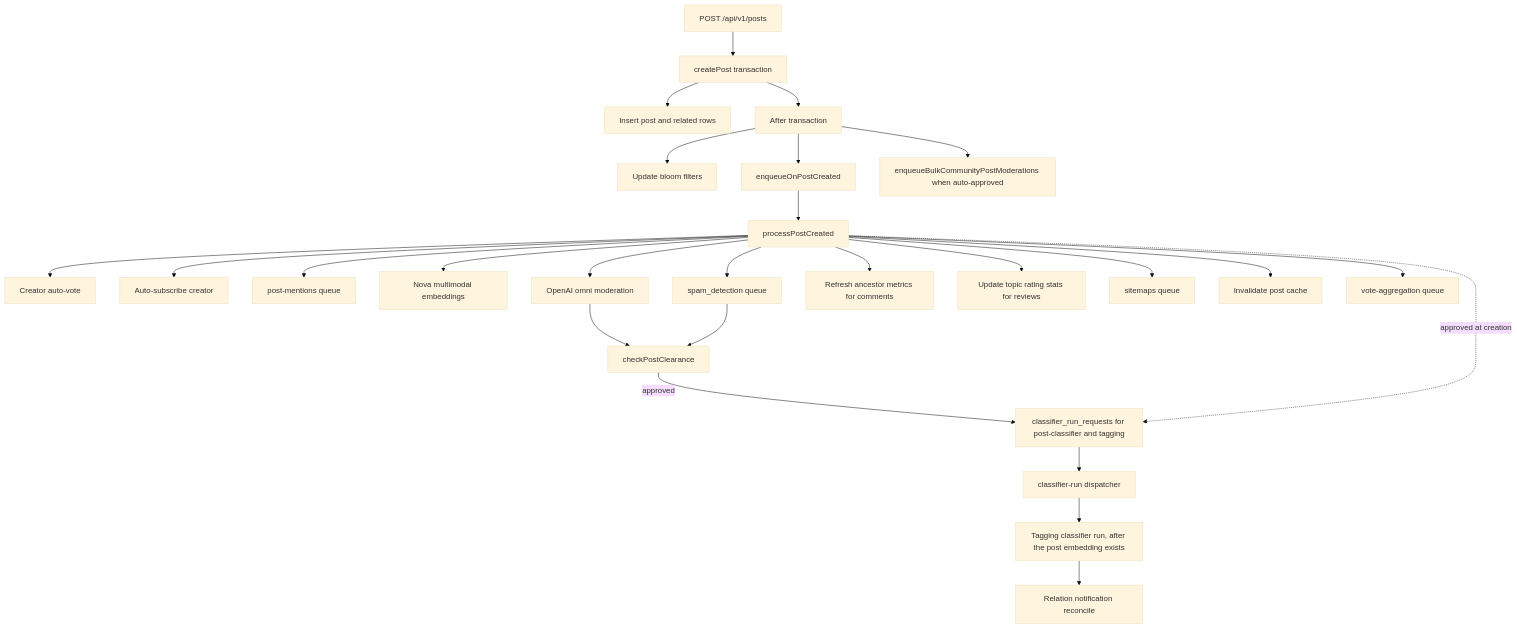
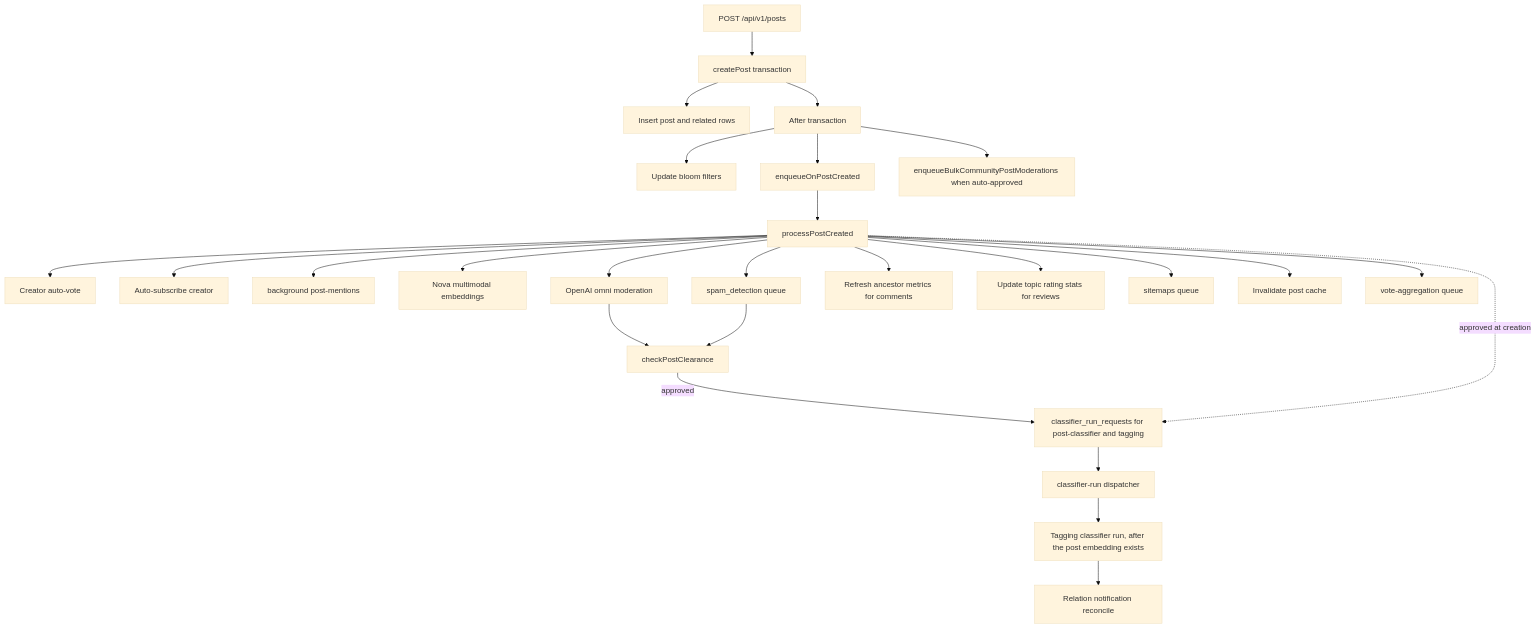
The first of 2 diagrams in docs/overview/architecture/reference-post-lifecycle-post-creation-pipeline.md (vouchington/vouchington), drawn with Mermaid (base theme) before and after one commit. The commit also changed 184 other files, not shown here.

First line of the commit message:
feat(queues): move content and vote queues into the background queue

````diff
--- a/docs/overview/architecture/reference-post-lifecycle-post-creation-pipeline.md
+++ b/docs/overview/architecture/reference-post-lifecycle-post-creation-pipeline.md
@@ -7,28 +7,28 @@
 ```mermaid
 flowchart TD
   route[POST /api/v1/posts] --> create[createPost transaction]
   create --> post[Insert post and related rows]
   create --> after[After transaction]
   after --> bloom[Update bloom filters]
   after --> created[enqueueOnPostCreated]
   after --> community[enqueueBulkCommunityPostModerations when auto-approved]
   created --> listener[processPostCreated]
   listener --> votes[Creator auto-vote]
   listener --> subscribe[Auto-subscribe creator]
-  listener --> mentions[post-mentions queue]
+  listener --> mentions[background post-mentions]
   listener --> embeddings[Nova multimodal embeddings]
   listener --> omni[OpenAI omni moderation]
   omni --> clearance[checkPostClearance]
   clearance -->|approved| request[classifier_run_requests for post-classifier and tagging]
   listener -.->|approved at creation| request
   request --> dispatch[classifier-run dispatcher]
   dispatch --> tagging[Tagging classifier run, after the post embedding exists]
   tagging --> relationNotify[Relation notification reconcile]
   listener --> spam[spam_detection queue]
   spam --> clearance
   listener --> comments[Refresh ancestor metrics for comments]
   listener --> reviews[Update topic rating stats for reviews]
   listener --> sitemap[sitemaps queue]
   listener --> cache[Invalidate post cache]
   listener --> metrics[vote-aggregation queue]
 ```
````
